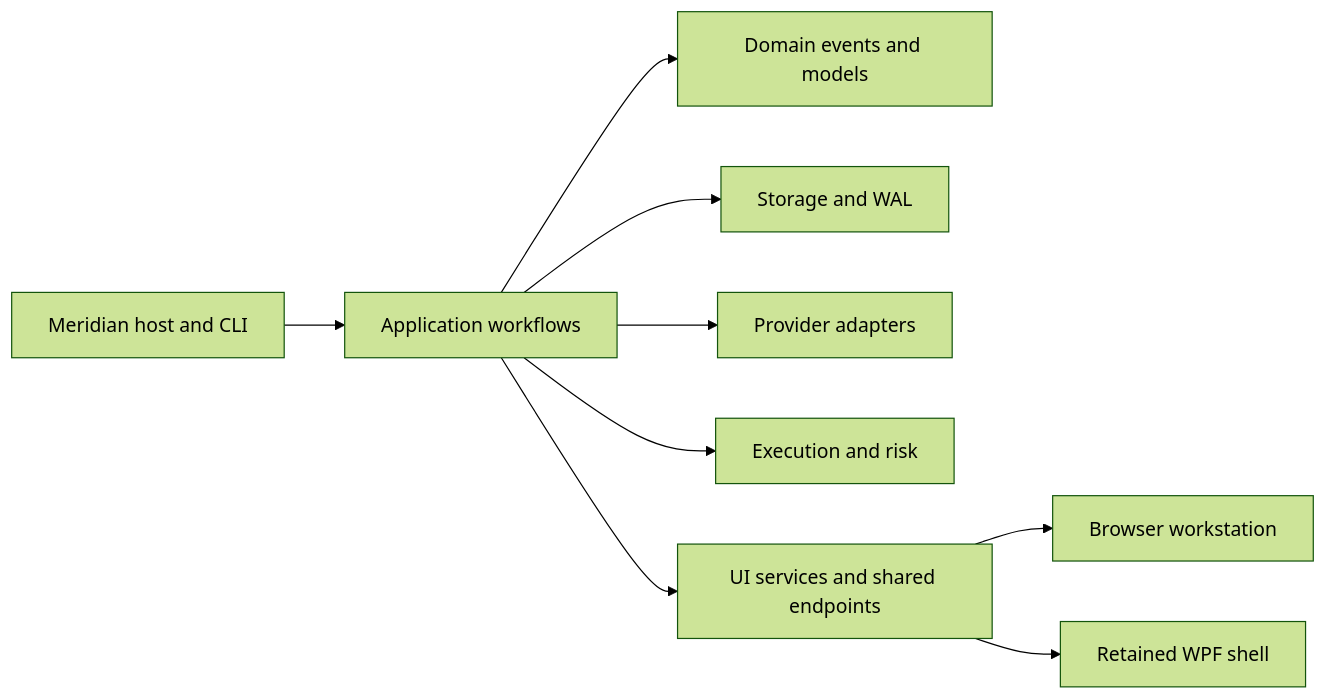
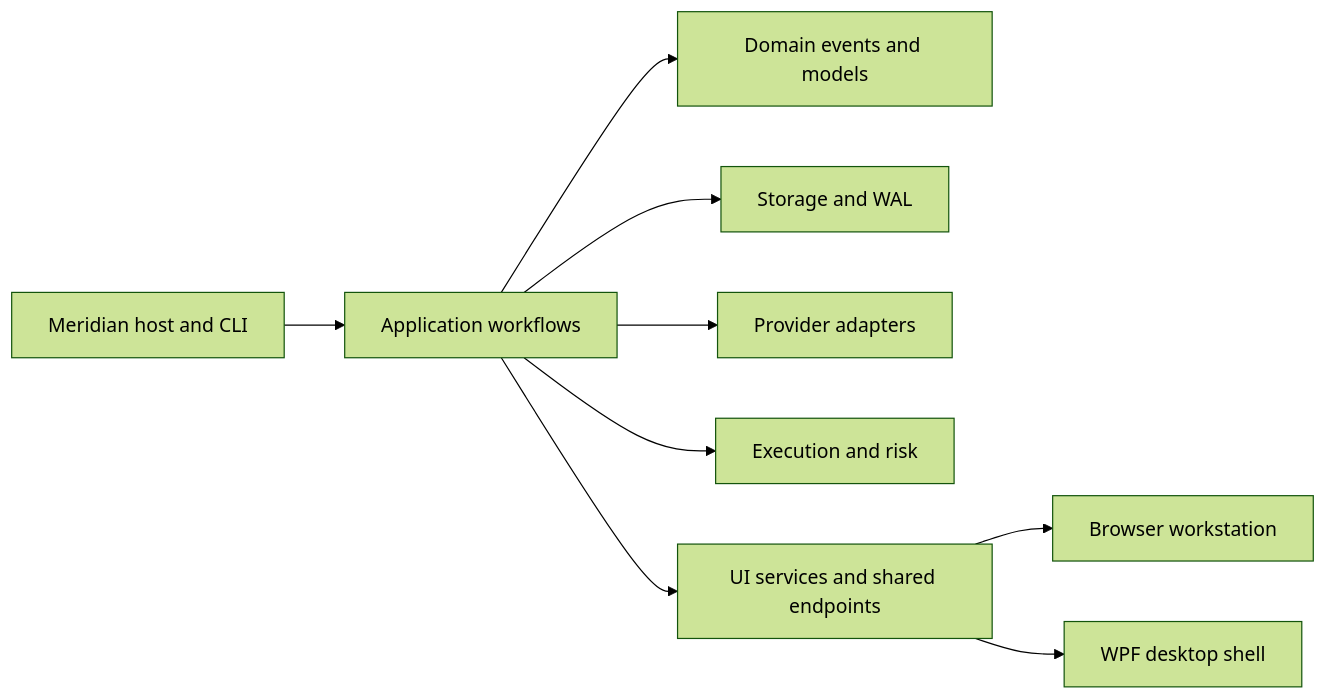
One commit to rodoHasArrived/Meridian-main changed the diagram in docs/architecture/module-map.md. Above: the diagram before and after it, drawn with Mermaid (forest theme). The commit also changed other lines of this file and 44 other files, not shown here.

Commit message:
docs: correct WPF framing from retained/compatibility to active desktop shell across all docs and agent context files

````diff
--- a/docs/architecture/module-map.md
+++ b/docs/architecture/module-map.md
@@ -11,11 +11,11 @@
 ```mermaid
 flowchart LR
   Host["Meridian host and CLI"] --> Application["Application workflows"]
   Application --> Domain["Domain events and models"]
   Application --> Storage["Storage and WAL"]
   Application --> Providers["Provider adapters"]
   Application --> Execution["Execution and risk"]
   Application --> UiServices["UI services and shared endpoints"]
   UiServices --> Web["Browser workstation"]
-  UiServices --> Wpf["Retained WPF shell"]
+  UiServices --> Wpf["WPF desktop shell"]
 ```
````
